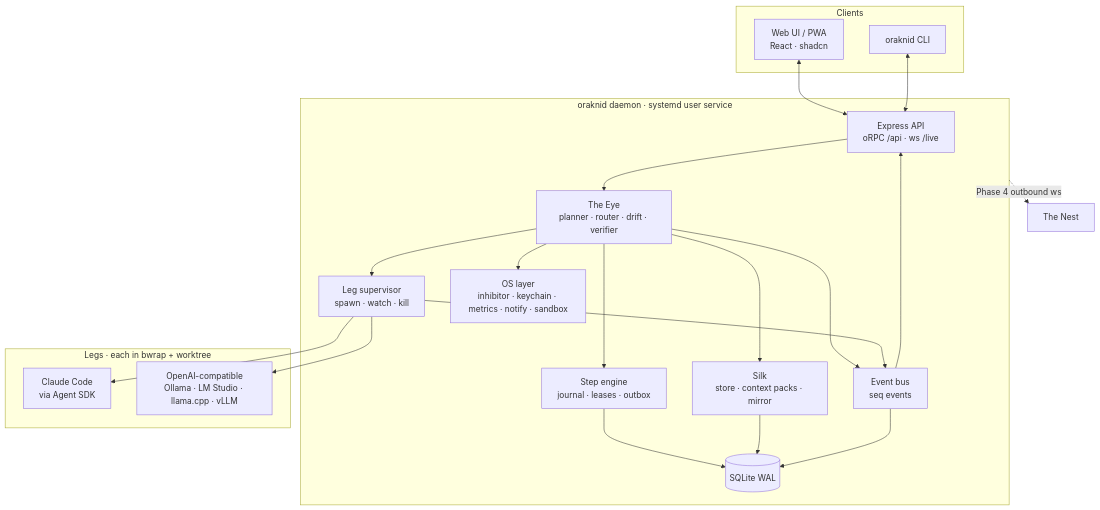
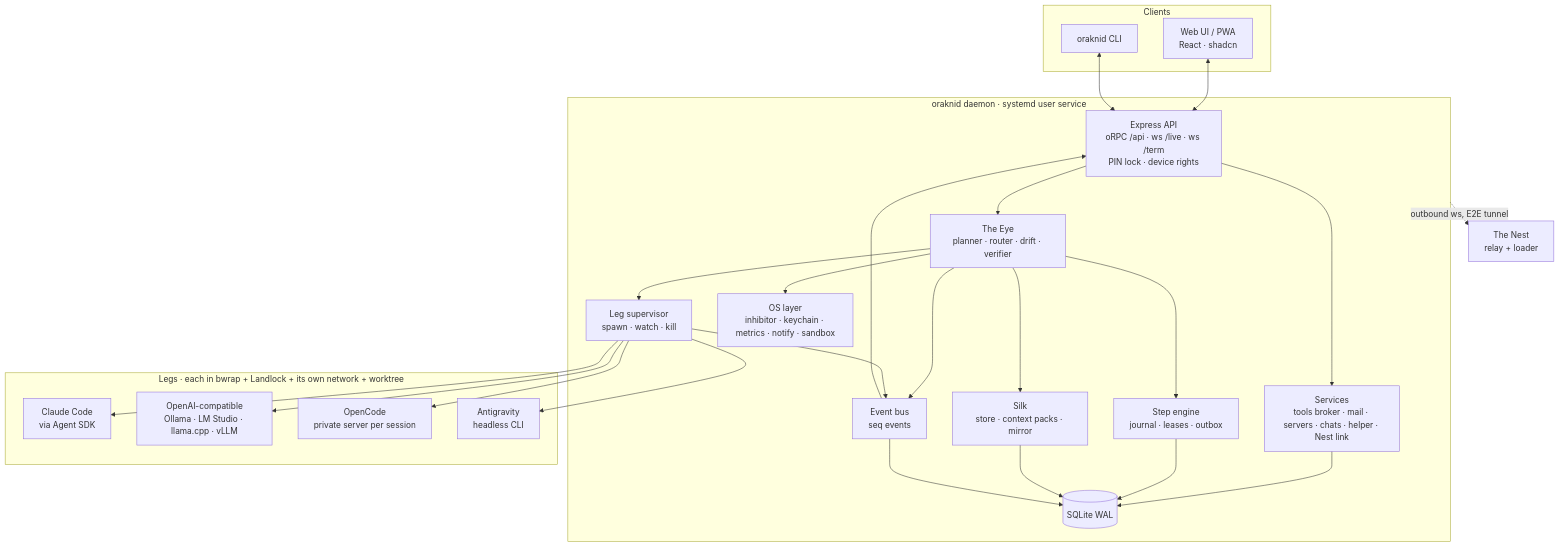
Before and after one commit to ABakdi/Oraknid: the diagram in docs/02-Architecture/Architecture-Overview.md, drawn with Mermaid. The commit also changed other lines of this file and 8 other files, not shown here.

First line of the commit message:
docs: the architecture as built: every route, table and settings key

````diff
--- a/docs/02-Architecture/Architecture-Overview.md
+++ b/docs/02-Architecture/Architecture-Overview.md
@@ -7,37 +7,44 @@
 ```mermaid
 flowchart TB
     subgraph Clients
         UI[Web UI / PWA<br/>React · shadcn]
         CLI[oraknid CLI]
     end
     subgraph Daemon[oraknid daemon · systemd user service]
-        API[Express API<br/>oRPC /api · ws /live]
+        API[Express API<br/>oRPC /api · ws /live · ws /term<br/>PIN lock · device rights]
         EYE[The Eye<br/>planner · router · drift · verifier]
         ENG[Step engine<br/>journal · leases · outbox]
         SILK[Silk<br/>store · context packs · mirror]
         SUP[Leg supervisor<br/>spawn · watch · kill]
         BUS[Event bus<br/>seq events]
         OS[OS layer<br/>inhibitor · keychain · metrics · notify · sandbox]
+        SVC[Services<br/>tools broker · mail · servers · chats · helper · Nest link]
         DB[(SQLite WAL)]
     end
-    subgraph Legs[Legs · each in bwrap + worktree]
+    subgraph Legs[Legs · each in bwrap + Landlock + its own network + worktree]
         CC[Claude Code<br/>via Agent SDK]
         OC[OpenAI-compatible<br/>Ollama · LM Studio · llama.cpp · vLLM]
+        OP[OpenCode<br/>private server per session]
+        AG[Antigravity<br/>headless CLI]
     end
     UI <--> API
     CLI <--> API
     API --> EYE
     EYE --> ENG
     EYE --> SILK
     EYE --> SUP
     SUP --> CC
     SUP --> OC
+    SUP --> OP
+    SUP --> AG
+    API --> SVC
+    SVC --> DB
     ENG --> DB
     SILK --> DB
     BUS --> DB
     EYE --> BUS
     SUP --> BUS
     BUS --> API
     EYE --> OS
-    Daemon -. Phase 4 outbound ws .-> NEST[The Nest]
+    Daemon -. outbound ws, E2E tunnel .-> NEST[The Nest<br/>relay + loader]
 ```
````
